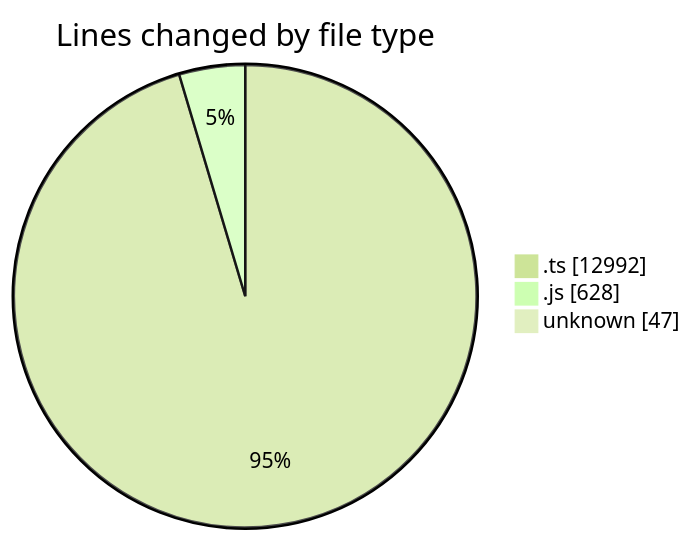
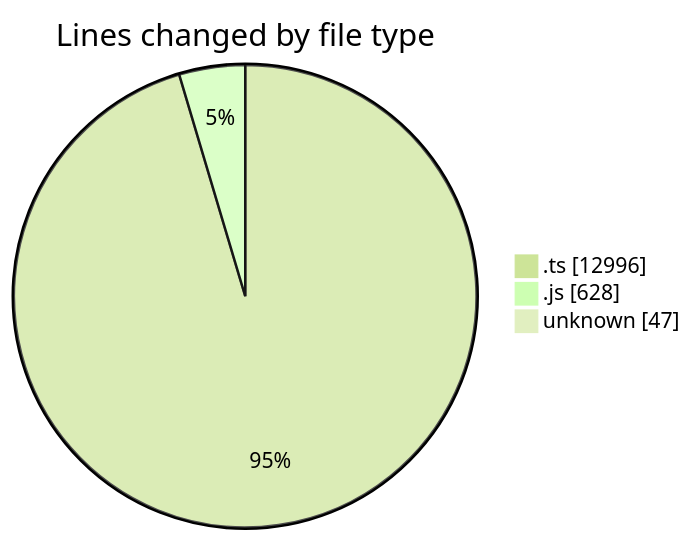
One commit to momahboobian/code-tracking changed the first of 2 diagrams in 2025-09-05/cda/README.md. Above: the diagram before and after it, drawn with Mermaid (forest theme). The commit also changed other lines of this file and 1 other file, not shown here.

````diff
--- a/2025-09-05/cda/README.md
+++ b/2025-09-05/cda/README.md
@@ -27,7 +27,7 @@
 ```mermaid
 pie showData
 title Lines changed by file type
-".ts" : 12992
+".ts" : 12996
 ".js" : 628
 "unknown" : 47
 ```
````
